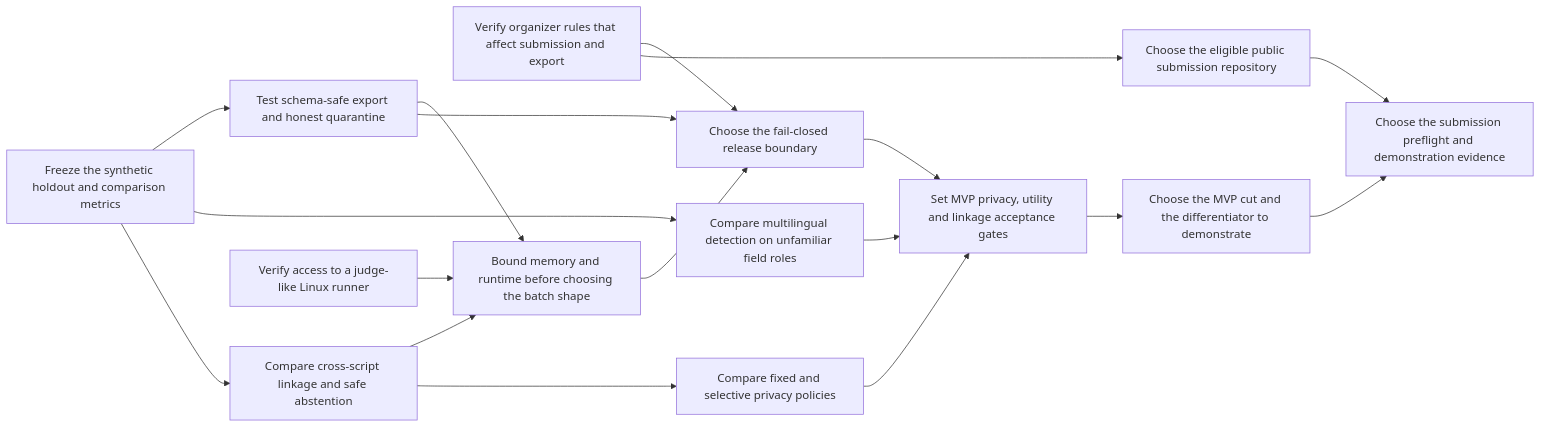
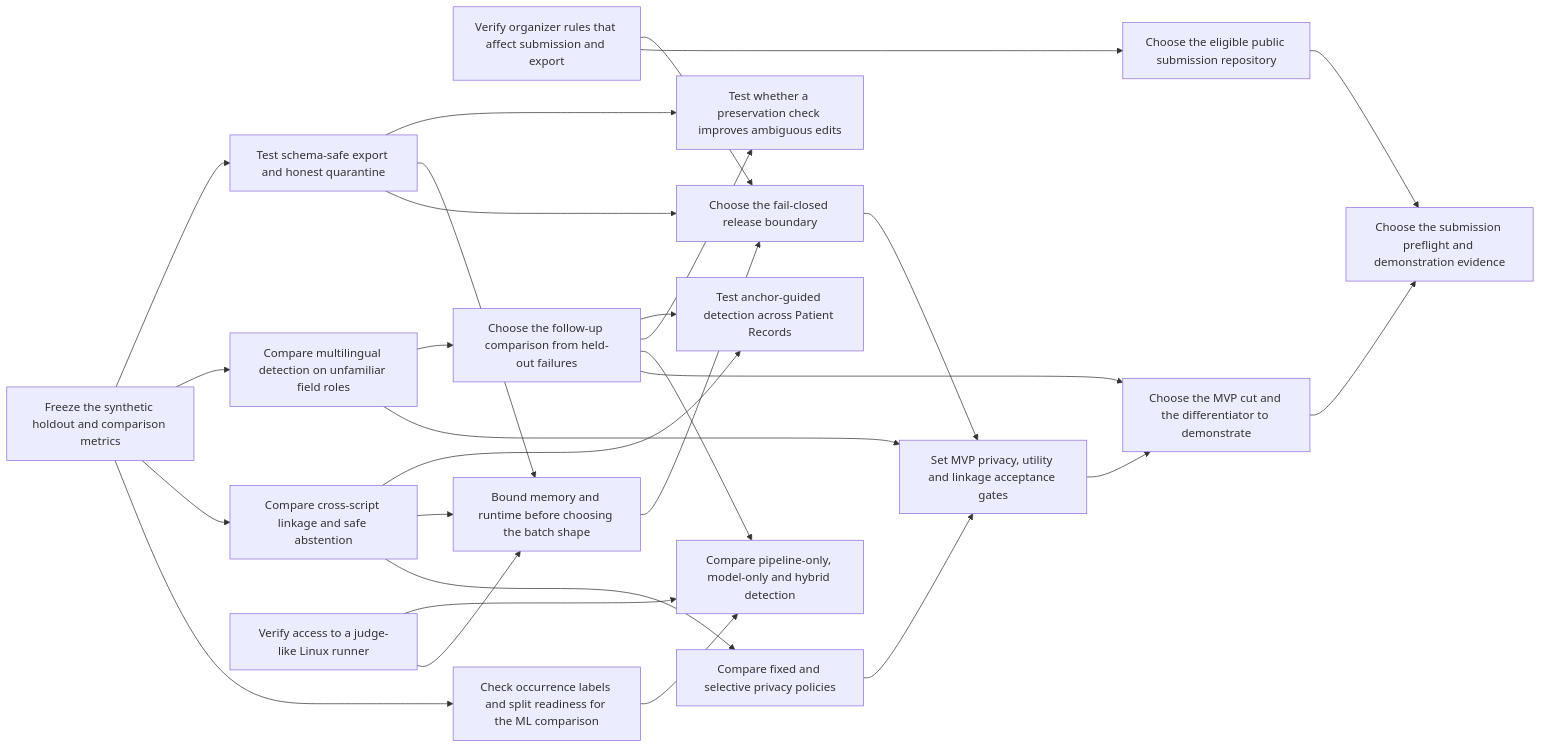
Before and after one commit to baymax-afk/scaler_hackthon: the second of 5 diagrams in docs/wayfinder.md, drawn with Mermaid. The commit also changed other lines of this file and 6 other files, not shown here.

````diff
--- a/docs/wayfinder.md
+++ b/docs/wayfinder.md
@@ -52,20 +60,30 @@
 ```mermaid
 flowchart LR
     Rules["Verify organizer rules that affect submission and export"] --> Boundary["Choose the fail-closed release boundary"]
     Rules --> Eligibility["Choose the eligible public submission repository"]
     Holdout["Freeze the synthetic holdout and comparison metrics"] --> Export["Test schema-safe export and honest quarantine"]
     Holdout --> Detection["Compare multilingual detection on unfamiliar field roles"]
     Holdout --> Linkage["Compare cross-script linkage and safe abstention"]
+    Detection --> Followup["Choose the follow-up comparison from held-out failures"]
+    Followup --> AnchorTrial["Test anchor-guided detection across Patient Records"]
+    Linkage --> AnchorTrial
+    Followup --> PreservationTrial["Test whether a preservation check improves ambiguous edits"]
+    Export --> PreservationTrial
+    Holdout --> MLLabels["Check occurrence labels and split readiness for the ML comparison"]
+    MLLabels --> MLTrial["Compare pipeline-only, model-only and hybrid detection"]
+    Followup --> MLTrial
+    Runner --> MLTrial
     Runner["Verify access to a judge-like Linux runner"] --> Runtime["Bound memory and runtime before choosing the batch shape"]
     Export --> Runtime
     Linkage --> Runtime
     Linkage --> Policy["Compare fixed and selective privacy policies"]
     Export --> Boundary
     Runtime --> Boundary
     Detection --> Gates["Set MVP privacy, utility and linkage acceptance gates"]
     Policy --> Gates
     Boundary --> Gates
     Gates --> Scope["Choose the MVP cut and the differentiator to demonstrate"]
+    Followup --> Scope
     Scope --> Handoff["Choose the submission preflight and demonstration evidence"]
     Eligibility --> Handoff
 ```
````
